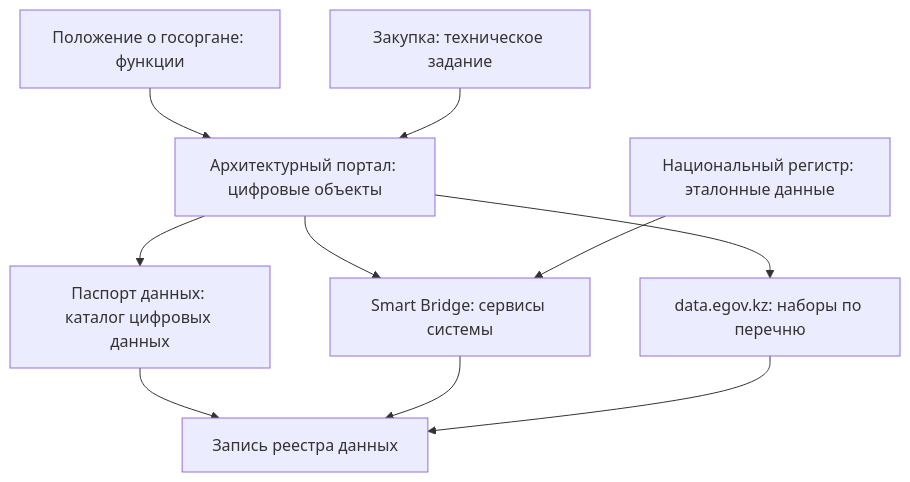
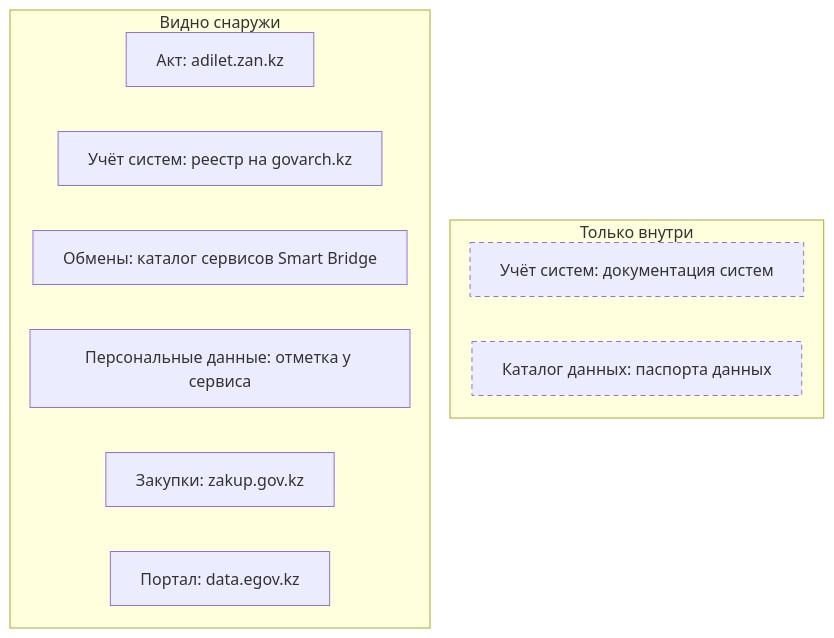
Before and after one commit to ivbeg/data-inventory: the first of 2 diagrams in docs/07-countries/01-kazakhstan.md, drawn with Mermaid. The commit also changed other lines of this file and 54 other files, not shown here.

````diff
--- a/docs/07-countries/01-kazakhstan.md
+++ b/docs/07-countries/01-kazakhstan.md
@@ -24,12 +13,21 @@
 ```mermaid
-flowchart TB
-  F["Положение о госоргане: функции"] --> A["Архитектурный портал: цифровые объекты"]
-  A --> P["Паспорт данных: каталог цифровых данных"]
-  A --> S["Smart Bridge: сервисы системы"]
-  N["Национальный регистр: эталонные данные"] --> S
-  K["Закупка: техническое задание"] --> A
-  A --> O["data.egov.kz: наборы по перечню"]
-  P --> R["Запись реестра данных"]
-  S --> R
-  O --> R
+---
+config:
+  flowchart:
+    wrappingWidth: 320
+    nodeSpacing: 20
+    rankSpacing: 20
+---
+flowchart LR
+  subgraph OUT["Видно снаружи"]
+    direction TB
+    A["Акт: adilet.zan.kz"] ~~~ S["Учёт систем: реестр на govarch.kz"] ~~~ E["Обмены: каталог сервисов Smart Bridge"] ~~~ D["Персональные данные: отметка у сервиса"] ~~~ Z["Закупки: zakup.gov.kz"] ~~~ P["Портал: data.egov.kz"]
+  end
+  subgraph IN["Только внутри"]
+    direction TB
+    S2["Учёт систем: документация систем"] ~~~ C["Каталог данных: паспорта данных"]
+  end
+  OUT ~~~ IN
+  classDef inside stroke-dasharray: 5 4
+  class S2,C inside
 ```
````
